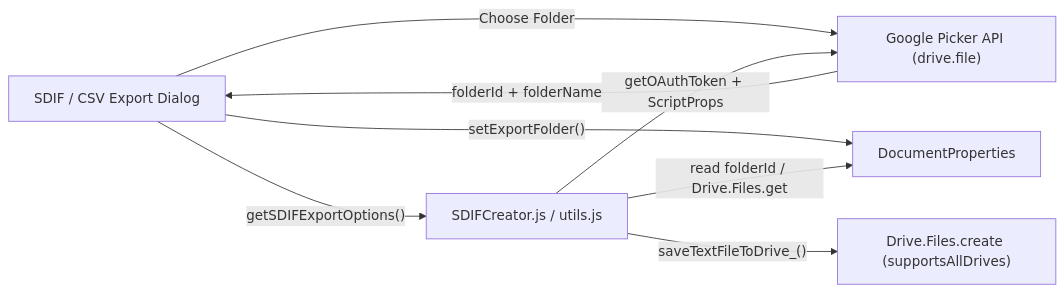
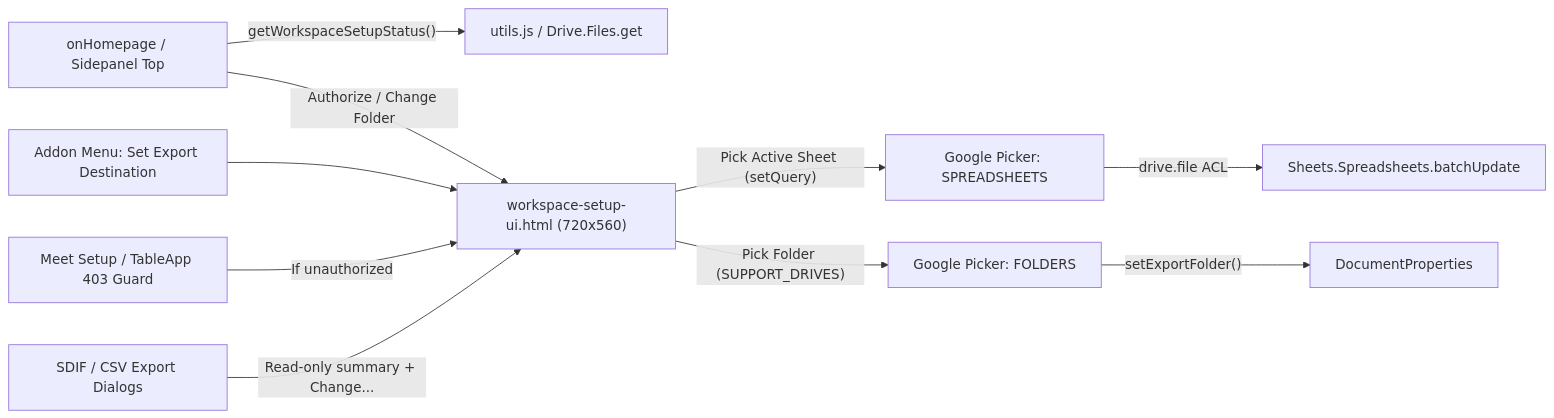
The diagram in .junie/plans/update-sidepanel-help.md (petrfaitl/swim-entries-manager), drawn with Mermaid before and after one commit. The commit also changed other lines of this file and 11 other files, not shown here.

First line of the commit message:
feat: Implement Workspace & Export Setup dialog and related functionality

````diff
--- a/.junie/plans/update-sidepanel-help.md
+++ b/.junie/plans/update-sidepanel-help.md
@@ -42,10 +49,12 @@
 ```mermaid
 graph LR
-  Dialog["SDIF / CSV Export Dialog"] -->|"getSDIFExportOptions()"| Server["SDIFCreator.js / utils.js"]
-  Dialog -->|"Choose Folder"| PickerAPI["Google Picker API (drive.file)"]
-  Server -->|"getOAuthToken + ScriptProps"| PickerAPI
-  PickerAPI -->|"folderId + folderName"| Dialog
-  Dialog -->|"setExportFolder()"| DocProps["DocumentProperties"]
-  Server -->|"read folderId / Drive.Files.get"| DocProps
-  Server -->|"saveTextFileToDrive_()"| DriveV3["Drive.Files.create (supportsAllDrives)"]
+  Launch["onHomepage / Sidepanel Top"] -->|"getWorkspaceSetupStatus()"| Server["utils.js / Drive.Files.get"]
+  Launch -->|"Authorize / Change Folder"| SetupModal["workspace-setup-ui.html (720x560)"]
+  Menu["Addon Menu: Set Export Destination"] --> SetupModal
+  MeetGuard["Meet Setup / TableApp 403 Guard"] -->|"If unauthorized"| SetupModal
+  SetupModal -->|"Pick Active Sheet (setQuery)"| PickerSheet["Google Picker: SPREADSHEETS"]
+  SetupModal -->|"Pick Folder (SUPPORT_DRIVES)"| PickerFolder["Google Picker: FOLDERS"]
+  PickerSheet -->|"drive.file ACL"| BatchUpdate["Sheets.Spreadsheets.batchUpdate"]
+  PickerFolder -->|"setExportFolder()"| DocProps["DocumentProperties"]
+  ExportDialogs["SDIF / CSV Export Dialogs"] -->|"Read-only summary + Change..."| SetupModal
 ```
````
